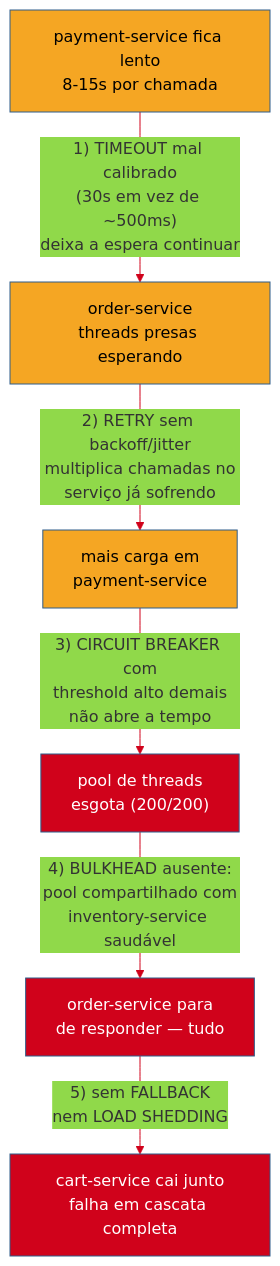
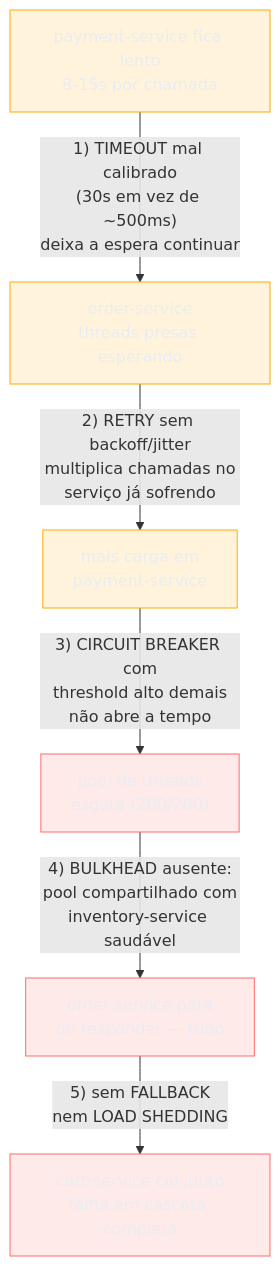
The first of 4 diagrams in 03-Dominios/Engenharia/Operação/3 - Rodar em produção/06 - Resiliência operacional.md (josenaldo/codex-technomanticus), drawn with Mermaid before and after one commit. The commit also changed other lines of this file and 1181 other files, not shown here.

First line of the commit message:
fix(diagramas): paleta do sistema no lugar de cor cravada no markdown

````diff
--- a/03-Dominios/Engenharia/Operação/3 - Rodar em produção/06 - Resiliência operacional.md
+++ b/03-Dominios/Engenharia/Operação/3 - Rodar em produção/06 - Resiliência operacional.md
@@ -35,16 +35,17 @@
 ```mermaid
-%%{init: {"theme": "base", "themeVariables": {"primaryColor": "#4A90D9", "primaryBorderColor": "#2E5C8A", "lineColor": "#D0021B"}}}%%
 graph TD
+    classDef destaque fill:#FFAA0024,stroke:#FFAA00,color:#E9ECF2
+    classDef falha fill:#FF6B6B24,stroke:#FF6B6B,color:#E9ECF2
     A["payment-service fica lento<br/>8-15s por chamada"] -->|"1) TIMEOUT mal calibrado<br/>(30s em vez de ~500ms)<br/>deixa a espera continuar"| B["order-service<br/>threads presas esperando"]
     B -->|"2) RETRY sem backoff/jitter<br/>multiplica chamadas no<br/>serviço já sofrendo"| C["mais carga em<br/>payment-service"]
     C -->|"3) CIRCUIT BREAKER com<br/>threshold alto demais<br/>não abre a tempo"| D["pool de threads<br/>esgota (200/200)"]
     D -->|"4) BULKHEAD ausente:<br/>pool compartilhado com<br/>inventory-service saudável"| E["order-service para<br/>de responder — tudo"]
     E -->|"5) sem FALLBACK<br/>nem LOAD SHEDDING"| F["cart-service cai junto<br/>falha em cascata completa"]
 
-    style A fill:#F5A623,stroke:#2E5C8A,color:#000
-    style B fill:#F5A623,stroke:#2E5C8A,color:#000
-    style C fill:#F5A623,stroke:#2E5C8A,color:#000
-    style D fill:#D0021B,stroke:#2E5C8A,color:#fff
-    style E fill:#D0021B,stroke:#2E5C8A,color:#fff
-    style F fill:#D0021B,stroke:#2E5C8A,color:#fff
+    class A destaque
+    class B destaque
+    class C destaque
+    class D falha
+    class E falha
+    class F falha
 ```
````
